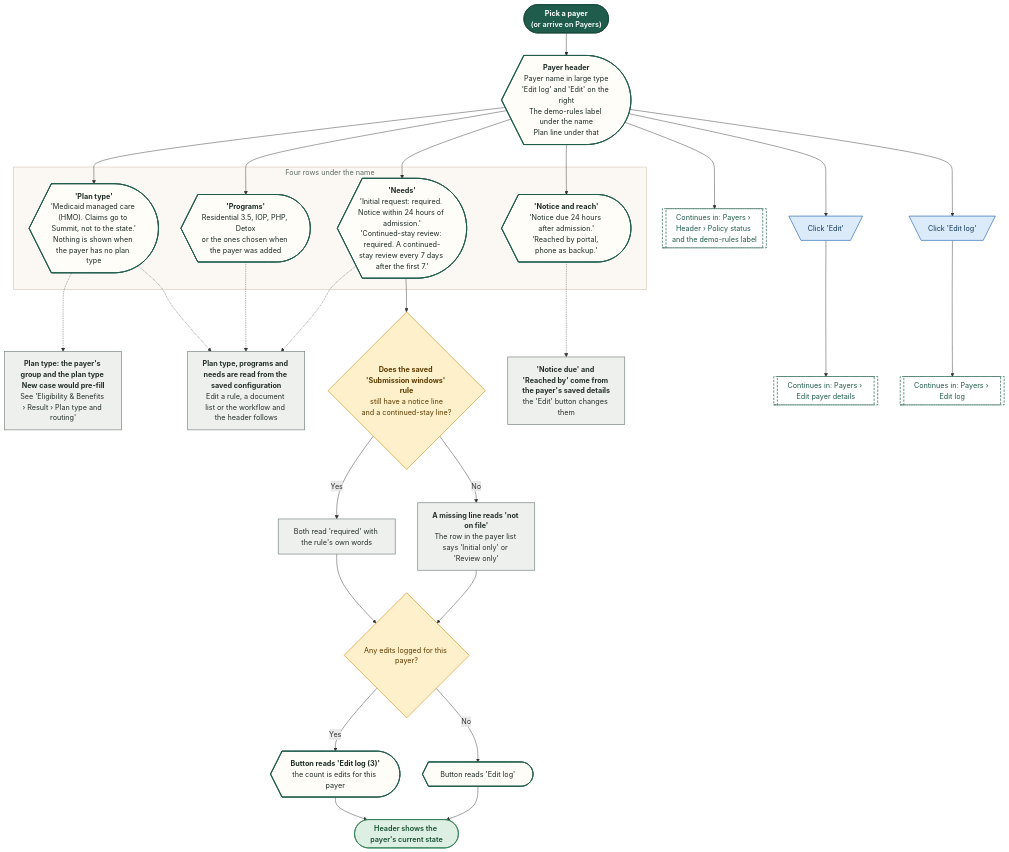
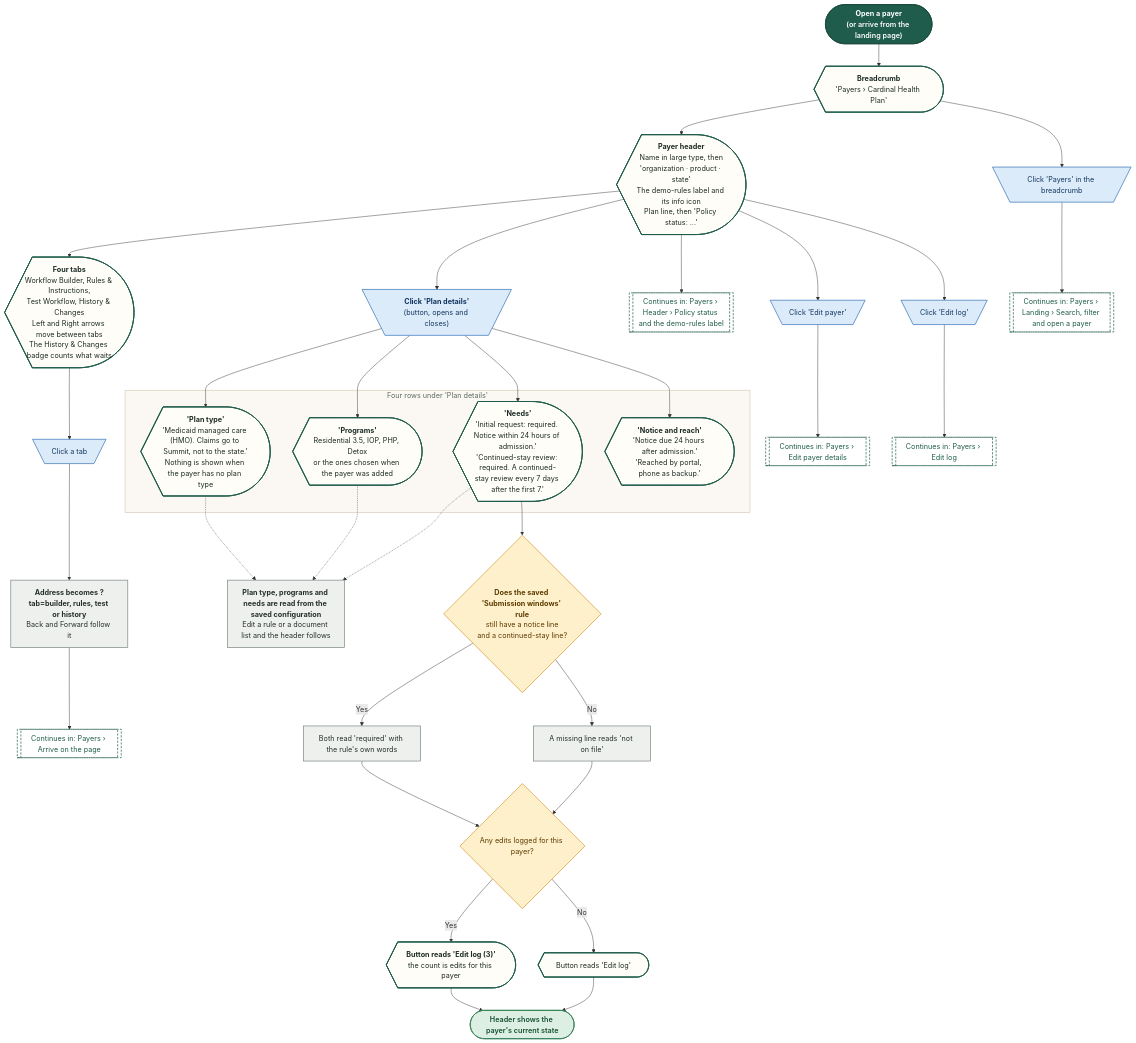
Before and after one commit to Shrav143/psyfloapp: the diagram in demos/prior-auth-demo/workflows/out/mmd/10-payers/14-payers-header-facts.mmd, drawn with Mermaid. The commit also changed 60 other files, not shown here.

First line of the commit message:
feat: Payer Workflow Studio integration (compact header, default workflow in view panel, docs, diagrams)

```diff
--- a/demos/prior-auth-demo/workflows/out/mmd/10-payers/14-payers-header-facts.mmd
+++ b/demos/prior-auth-demo/workflows/out/mmd/10-payers/14-payers-header-facts.mmd
@@ -1,61 +1,68 @@
 %%{init: {"theme":"base","themeVariables":{"fontFamily":"'DM Sans', 'Segoe UI', system-ui, sans-serif","fontSize":"15px","lineColor":"#5B6B63","primaryTextColor":"#1C2B25","clusterBkg":"#FBF8F3","clusterBorder":"#D9CDBB","edgeLabelBackground":"#FFFFFF"},"flowchart":{"curve":"basis","nodeSpacing":36,"rankSpacing":48,"padding":12,"htmlLabels":true,"useMaxWidth":false,"wrappingWidth":230}} }%%
 flowchart TD
   classDef k_start fill:#1F5C4B,stroke:#174638,color:#FFFFFF,stroke-width:1.5px,font-weight:600
   classDef k_end fill:#DDEFE3,stroke:#2E7D4F,color:#14502F,stroke-width:1.5px,font-weight:600
   classDef k_endx fill:#FBE3E0,stroke:#C0392B,color:#7A1F16,stroke-width:1.5px,font-weight:600
   classDef k_screen fill:#FFFDF8,stroke:#1F5C4B,color:#1C2B25,stroke-width:2px
   classDef k_overlay fill:#F1F7F3,stroke:#1F5C4B,color:#1C2B25,stroke-width:2px,stroke-dasharray:5 3
   classDef k_click fill:#DCEBFA,stroke:#2F6DB5,color:#12365F,stroke-width:1.5px
   classDef k_input fill:#E4E7FF,stroke:#4C5FD5,color:#1D2670,stroke-width:1.5px
   classDef k_process fill:#EEF0EE,stroke:#7A857F,color:#26302B,stroke-width:1.5px
   classDef k_agent fill:#EEE5FA,stroke:#7A4FC2,color:#341A63,stroke-width:1.5px
   classDef k_decision fill:#FFF0CC,stroke:#D9962B,color:#5C3B00,stroke-width:1.5px
   classDef k_store fill:#D5F0EA,stroke:#1C8E7B,color:#0B4A3F,stroke-width:1.5px
   classDef k_doc fill:#F6E9DC,stroke:#B07A4C,color:#4A2E14,stroke-width:1.5px
   classDef k_ext fill:#FFE6D2,stroke:#E07B39,color:#6B2F06,stroke-width:1.5px
   classDef k_wait fill:#E4E8EE,stroke:#6B7C93,color:#26303D,stroke-width:1.5px
   classDef k_toast fill:#FFF9DB,stroke:#C9A400,color:#5A4A00,stroke-width:1.5px
   classDef k_goto fill:#FFFFFF,stroke:#1F5C4B,color:#1F5C4B,stroke-width:1.5px,stroke-dasharray:5 3
-  s1@{ shape: stadium, label: "<b>Pick a payer</b><br/>(or arrive on Payers)" }
-  head@{ shape: curv-trap, label: "<b>Payer header</b><br/>Payer name in large type<br/>'Edit log' and 'Edit' on the right<br/>The demo-rules label under the name<br/>Plan line under that" }
-  subgraph gF ["Four rows under the name"]
+  s1@{ shape: stadium, label: "<b>Open a payer</b><br/>(or arrive from the landing page)" }
+  crumb@{ shape: curv-trap, label: "<b>Breadcrumb</b><br/>'Payers › Cardinal Health Plan'" }
+  cb@{ shape: trap-t, label: "Click 'Payers' in the breadcrumb" }
+  g_land@{ shape: subproc, label: "Continues in: Payers › Landing › Search, filter and open a payer" }
+  head@{ shape: curv-trap, label: "<b>Payer header</b><br/>Name in large type, then<br/>'organization · product · state'<br/>The demo-rules label and its info icon<br/>Plan line, then 'Policy status: ...'" }
+  tabs@{ shape: curv-trap, label: "<b>Four tabs</b><br/>Workflow Builder, Rules & Instructions,<br/>Test Workflow, History & Changes<br/>Left and Right arrows move between tabs<br/>The History & Changes badge counts what waits" }
+  ct@{ shape: trap-t, label: "Click a tab" }
+  ad@{ shape: rect, label: "<b>Address becomes ?tab=builder, rules, test or history</b><br/>Back and Forward follow it" }
+  pd@{ shape: trap-t, label: "<b>Click 'Plan details'</b><br/>(button, opens and closes)" }
+  subgraph gF ["Four rows under 'Plan details'"]
   f1@{ shape: curv-trap, label: "<b>'Plan type'</b><br/>'Medicaid managed care (HMO). Claims go to Summit, not to the state.'<br/>Nothing is shown when the payer has no plan type" }
   f2@{ shape: curv-trap, label: "<b>'Programs'</b><br/>Residential 3.5, IOP, PHP, Detox<br/>or the ones chosen when the payer was added" }
   f3@{ shape: curv-trap, label: "<b>'Needs'</b><br/>'Initial request: required. Notice within 24 hours of admission.'<br/>'Continued-stay review: required. A continued-stay review every 7 days after the first 7.'" }
   f4@{ shape: curv-trap, label: "<b>'Notice and reach'</b><br/>'Notice due 24 hours after admission.'<br/>'Reached by portal, phone as backup.'" }
   end
-  cfg@{ shape: rect, label: "<b>Plan type, programs and needs are read from the saved configuration</b><br/>Edit a rule, a document list or the workflow and the header follows" }
-  pt@{ shape: rect, label: "<b>Plan type: the payer's group and the plan type New case would pre-fill</b><br/>See 'Eligibility & Benefits › Result › Plan type and routing'" }
+  cfg@{ shape: rect, label: "<b>Plan type, programs and needs are read from the saved configuration</b><br/>Edit a rule or a document list and the header follows" }
   ndn@{ shape: diam, label: "<b>Does the saved 'Submission windows' rule</b><br/>still have a notice line<br/>and a continued-stay line?" }
   need1@{ shape: rect, label: "Both read 'required' with the rule's own words" }
-  need2@{ shape: rect, label: "<b>A missing line reads 'not on file'</b><br/>The row in the payer list says 'Initial only' or 'Review only'" }
-  cfg2@{ shape: rect, label: "<b>'Notice due' and 'Reached by' come from the payer's saved details</b><br/>the 'Edit' button changes them" }
-  g_ps@{ shape: subproc, label: "Continues in: Payers › Header › Policy status and the demo-rules label" }
+  need2@{ shape: rect, label: "A missing line reads 'not on file'" }
   logn@{ shape: diam, label: "Any edits logged for this payer?" }
   logb1@{ shape: curv-trap, label: "<b>Button reads 'Edit log (3)'</b><br/>the count is edits for this payer" }
   logb0@{ shape: curv-trap, label: "Button reads 'Edit log'" }
-  ce@{ shape: trap-t, label: "Click 'Edit'" }
+  ce@{ shape: trap-t, label: "Click 'Edit payer'" }
   cl@{ shape: trap-t, label: "Click 'Edit log'" }
   g_edit@{ shape: subproc, label: "Continues in: Payers › Edit payer details" }
   g_log@{ shape: subproc, label: "Continues in: Payers › Edit log" }
+  g_ps@{ shape: subproc, label: "Continues in: Payers › Header › Policy status and the demo-rules label" }
+  g_tabs@{ shape: subproc, label: "Continues in: Payers › Arrive on the page" }
   e1@{ shape: stadium, label: "Header shows the payer's current state" }
-  s1 --> head --> f1 & f2 & f3 & f4
-  f1 -.-> pt
+  s1 --> crumb --> head --> tabs
+  crumb --> cb --> g_land
+  head --> pd --> f1 & f2 & f3 & f4
   f1 & f2 & f3 -.-> cfg
   f3 --> ndn
   ndn -->|"Yes"| need1 --> logn
   ndn -->|"No"| need2 --> logn
-  f4 -.-> cfg2
   head --> g_ps
   logn -->|"Yes"| logb1 --> e1
   logn -->|"No"| logb0 --> e1
   head --> ce --> g_edit
   head --> cl --> g_log
+  tabs --> ct --> ad --> g_tabs
   class s1 k_start
-  class head,f1,f2,f3,f4,logb1,logb0 k_screen
-  class cfg,pt,need1,need2,cfg2 k_process
+  class crumb,head,tabs,f1,f2,f3,f4,logb1,logb0 k_screen
+  class cb,ct,pd,ce,cl k_click
+  class g_land,g_edit,g_log,g_ps,g_tabs k_goto
+  class ad,cfg,need1,need2 k_process
   class ndn,logn k_decision
-  class g_ps,g_edit,g_log k_goto
-  class ce,cl k_click
   class e1 k_end
   style gF fill:#FBF8F3,stroke:#D9CDBB,stroke-width:1.5px,color:#5B6B63
```
